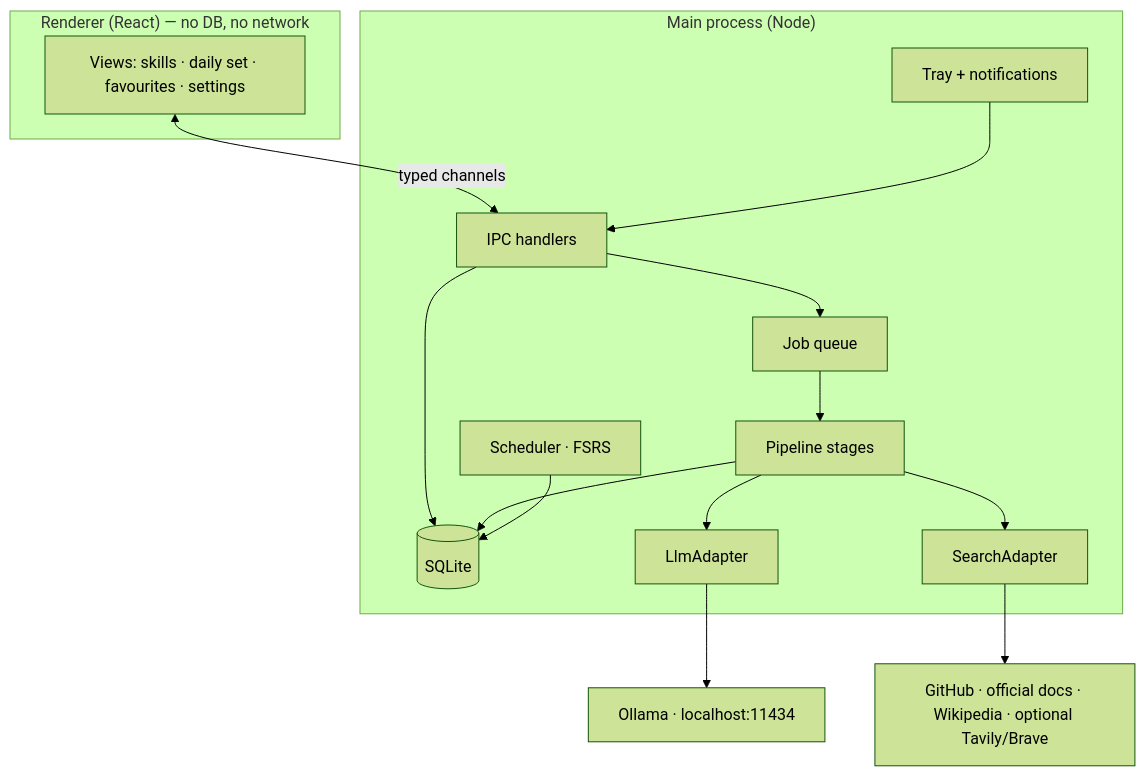
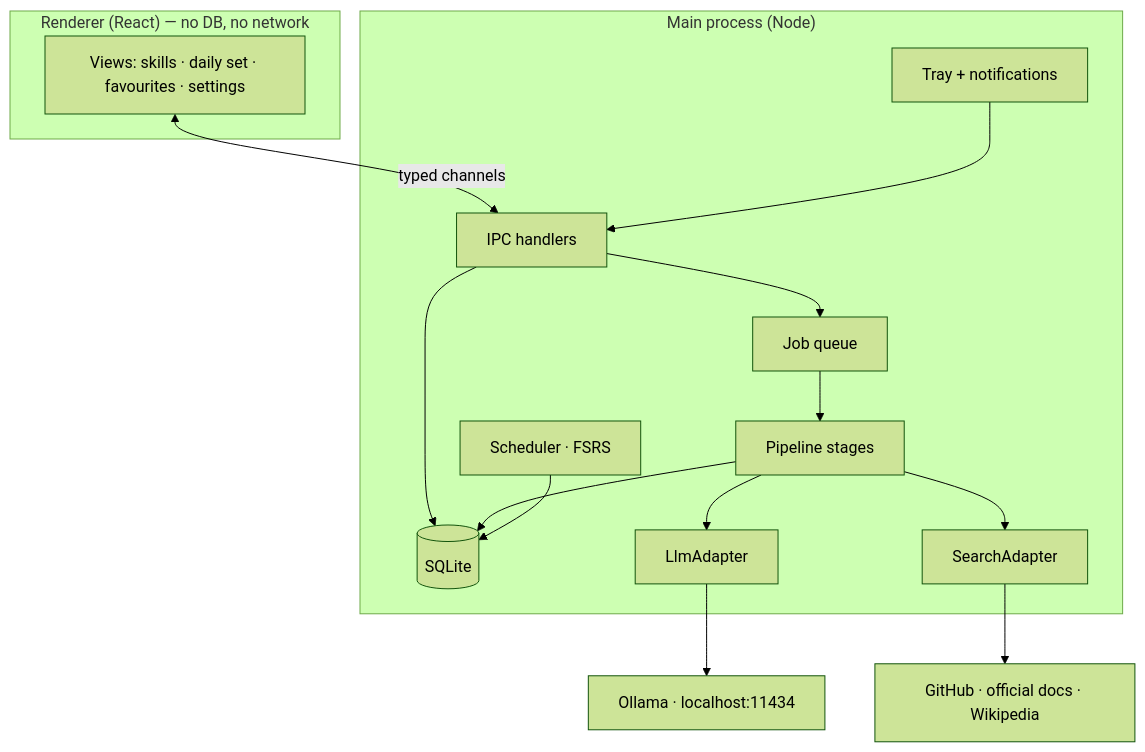
The diagram in docs/architecture/overview.md (erenisci/skill_interview.exe), drawn with Mermaid (forest theme) before and after one commit. The commit also changed other lines of this file and 6 other files, not shown here.

````diff
--- a/docs/architecture/overview.md
+++ b/docs/architecture/overview.md
@@ -27,32 +27,32 @@
 ```mermaid
 flowchart TB
     subgraph Renderer["Renderer (React) — no DB, no network"]
         UI[Views: skills · daily set · favourites · settings]
     end
 
     subgraph Main["Main process (Node)"]
         IPC[IPC handlers]
         Q[Job queue]
         P[Pipeline stages]
         S[Scheduler · FSRS]
         N[Tray + notifications]
         DB[(SQLite)]
         LA[LlmAdapter]
         SA[SearchAdapter]
     end
 
     Ollama[Ollama · localhost:11434]
-    Web[GitHub · official docs · Wikipedia · optional Tavily/Brave]
+    Web[GitHub · official docs · Wikipedia]
 
     UI <-->|typed channels| IPC
     IPC --> DB
     IPC --> Q
     Q --> P
     P --> LA
     P --> SA
     P --> DB
     S --> DB
     N --> IPC
     LA --> Ollama
     SA --> Web
 ```
````
